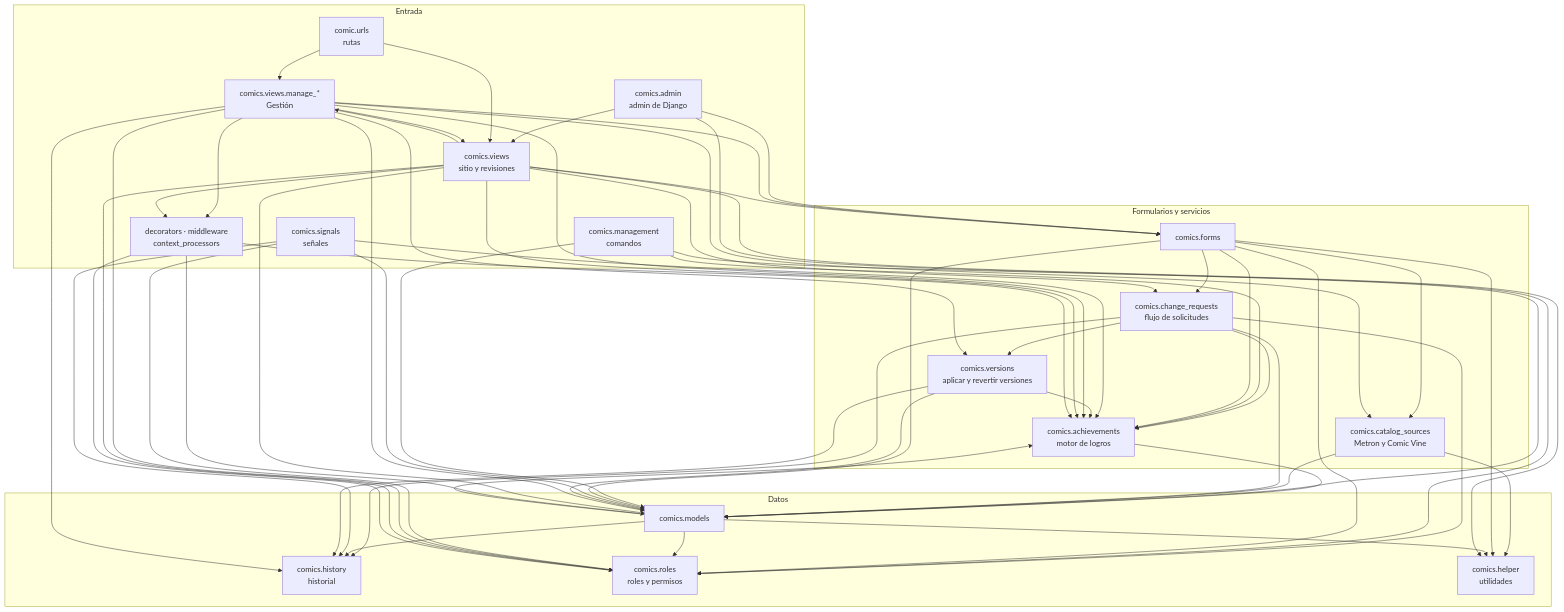
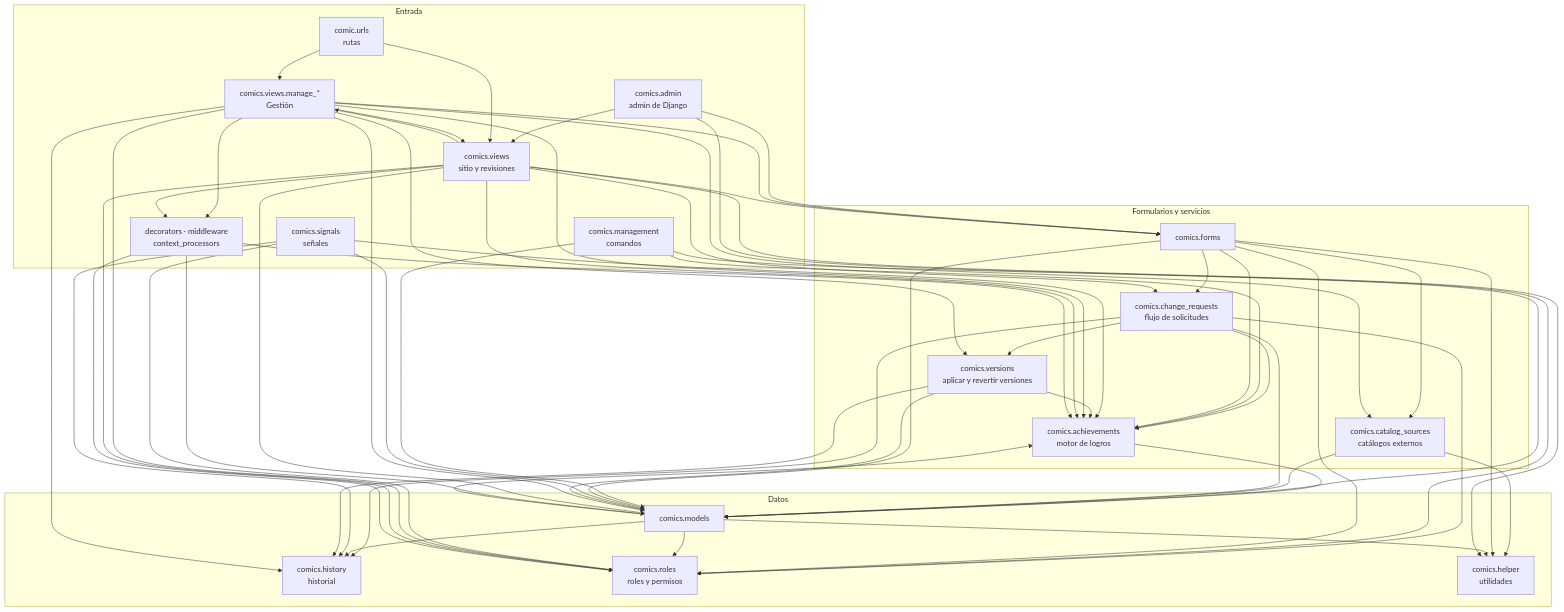
One commit to DeadSpawnZ/comics changed the first of 8 diagrams in README.md. Above: the diagram before and after it, drawn with Mermaid. The commit also changed other lines of this file and 31 other files, not shown here.

````diff
--- a/README.md
+++ b/README.md
@@ -100,78 +103,78 @@
 ```mermaid
 flowchart TD
     subgraph layer0["Entrada"]
         urls["comic.urls<br/>rutas"]
         views_site["comics.views<br/>sitio y revisiones"]
         views_manage["comics.views.manage_*<br/>Gestión"]
         admin["comics.admin<br/>admin de Django"]
         commands["comics.management<br/>comandos"]
         signals["comics.signals<br/>señales"]
         web["decorators · middleware<br/>context_processors"]
     end
     subgraph layer1["Formularios y servicios"]
         forms["comics.forms"]
-        catalog_sources["comics.catalog_sources<br/>Metron y Comic Vine"]
+        catalog_sources["comics.catalog_sources<br/>catálogos externos"]
         change_requests["comics.change_requests<br/>flujo de solicitudes"]
         versions["comics.versions<br/>aplicar y revertir versiones"]
         achievements["comics.achievements<br/>motor de logros"]
     end
     subgraph layer2["Datos"]
         models["comics.models"]
         history["comics.history<br/>historial"]
         roles["comics.roles<br/>roles y permisos"]
         helper["comics.helper<br/>utilidades"]
     end
     achievements --> models
     admin --> forms
     admin --> models
     admin --> views_site
     catalog_sources --> helper
     catalog_sources --> models
     change_requests --> achievements
     change_requests --> history
     change_requests --> models
     change_requests --> roles
     change_requests --> versions
     commands --> achievements
     commands --> models
     commands --> roles
     forms --> achievements
     forms --> catalog_sources
     forms --> change_requests
     forms --> helper
     forms --> models
     forms --> roles
     models --> achievements
     models --> helper
     models --> history
     models --> roles
     signals --> achievements
     signals --> history
     signals --> models
     signals --> roles
     urls --> views_manage
     urls --> views_site
     versions --> achievements
     versions --> history
     versions --> models
     views_manage --> achievements
     views_manage --> catalog_sources
     views_manage --> forms
     views_manage --> history
     views_manage --> models
     views_manage --> roles
     views_manage --> versions
     views_manage --> views_site
     views_manage --> web
     views_site --> achievements
     views_site --> change_requests
     views_site --> forms
     views_site --> helper
     views_site --> models
     views_site --> roles
     views_site --> views_manage
     views_site --> web
     web --> achievements
     web --> models
     web --> roles
 ```
````
